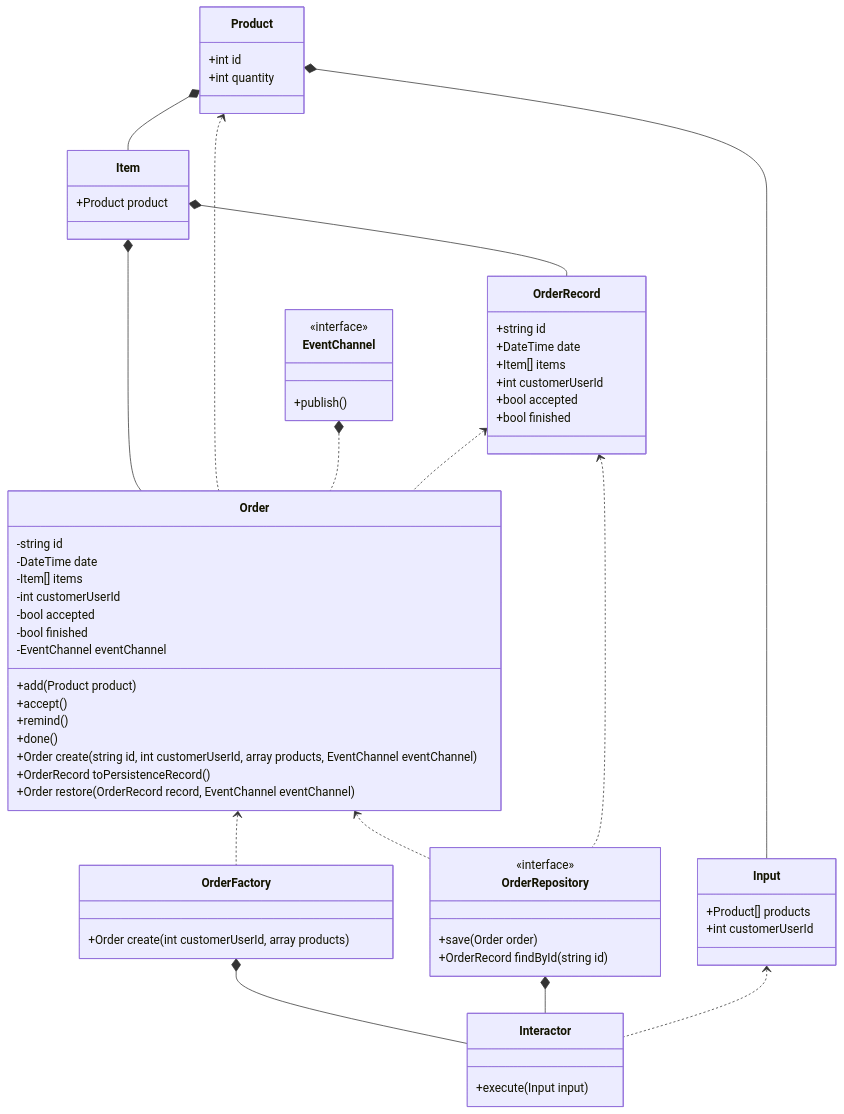
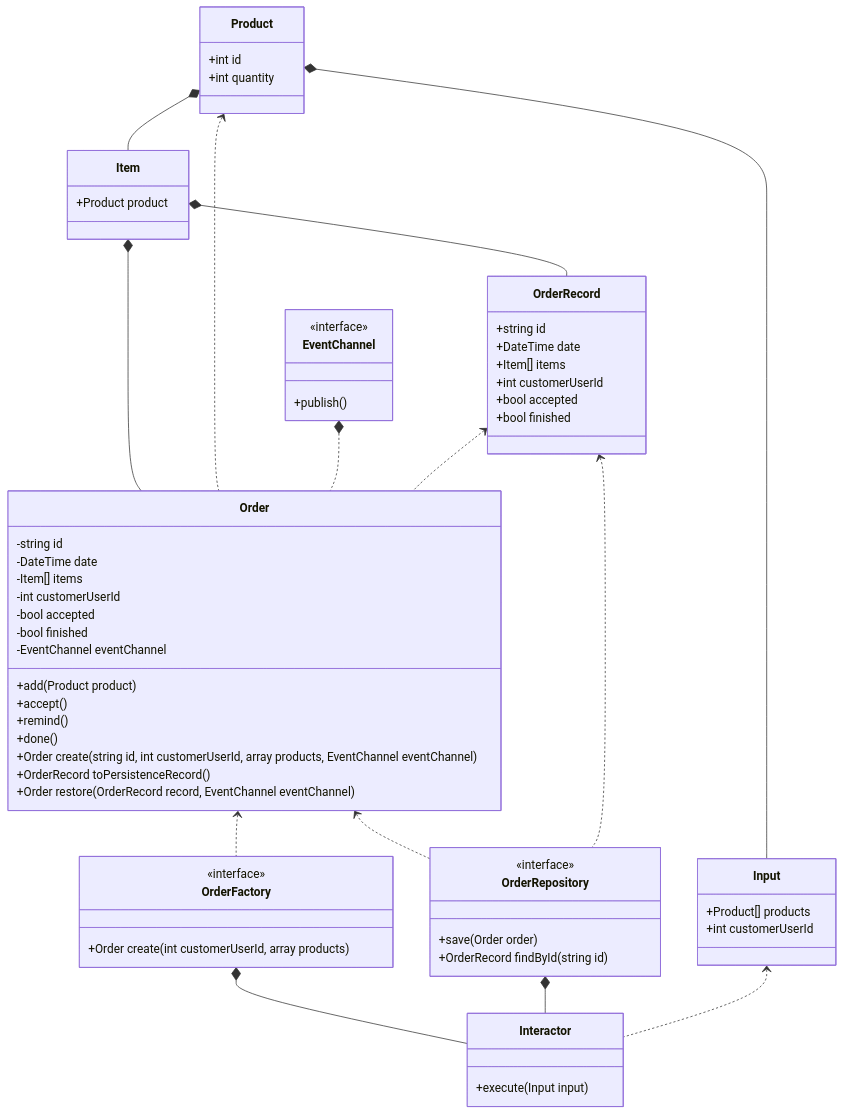
Before and after one commit to youhei-ushio/nicoshop: the diagram in README.md, drawn with Mermaid.

````diff
--- a/README.md
+++ b/README.md
@@ -10,68 +10,69 @@
 ```mermaid
 classDiagram
     Item *-- Order
     Product *-- Item
     Product <.. Order
     EventChannel *.. Order
     OrderRecord <.. Order
     Item *-- OrderRecord
     Order <.. OrderFactory
     Order <.. OrderRepository
     class Product{
       +int id
       +int quantity
     }
     class Item{
       +Product product
     }
     class Order{
       -string id
       -DateTime date
       -Item[] items
       -int customerUserId
       -bool accepted
       -bool finished
       -EventChannel eventChannel
 
       +add(Product product)
       +accept()
       +remind()
       +done()
       +Order create(string id, int customerUserId, array products, EventChannel eventChannel)
       +OrderRecord toPersistenceRecord()
       +Order restore(OrderRecord record, EventChannel eventChannel)
     }
     class EventChannel{
       <<interface>>
       +publish()
     }
     class OrderRecord{
       +string id
       +DateTime date
       +Item[] items
       +int customerUserId
       +bool accepted
       +bool finished
     }
     class OrderFactory {
+      <<interface>>
       +Order create(int customerUserId, array products)
     }
     class OrderRepository{
       <<interface>>
       +save(Order order)
       +OrderRecord findById(string id) 
     }
 
     OrderFactory *-- Interactor
     OrderRepository *-- Interactor
     OrderRecord <.. OrderRepository
     Input <.. Interactor
     Product *-- Input
     class Interactor{
       +execute(Input input)
     }
     class Input{
       +Product[] products
       +int customerUserId
     }
 ```
````
